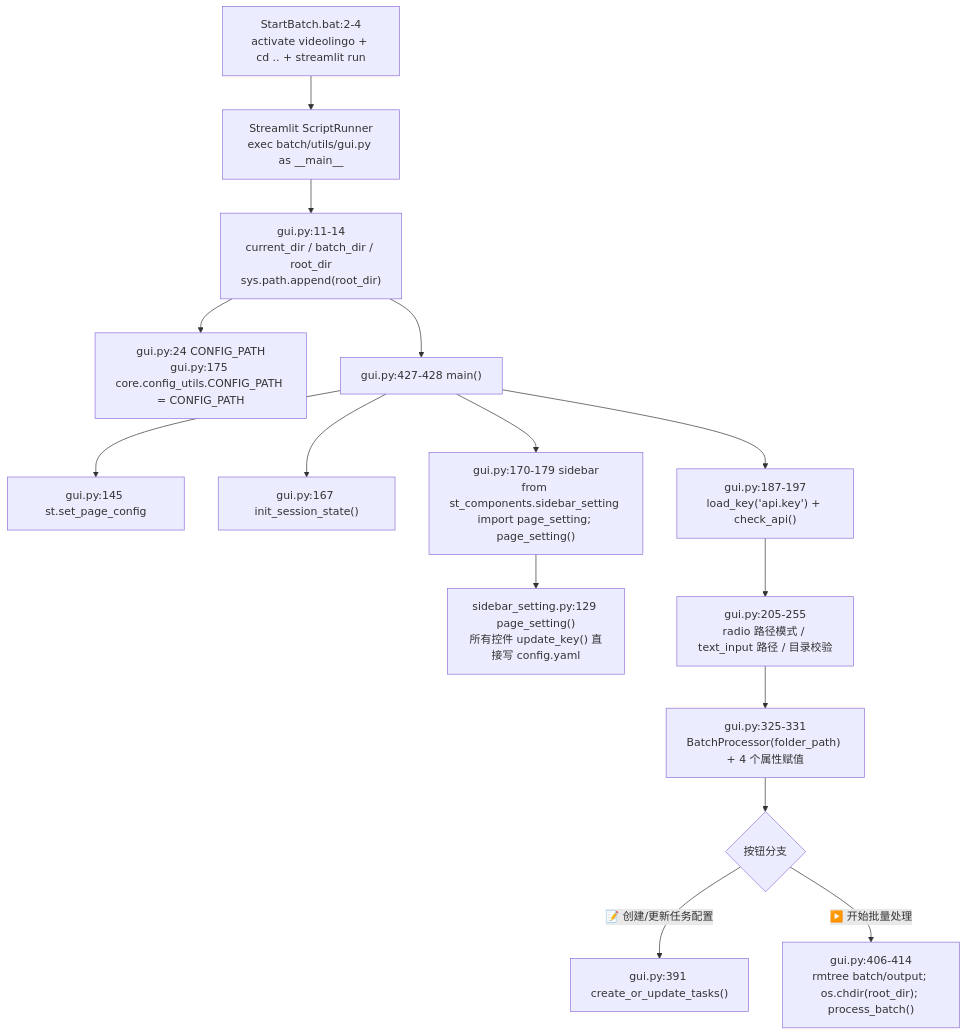
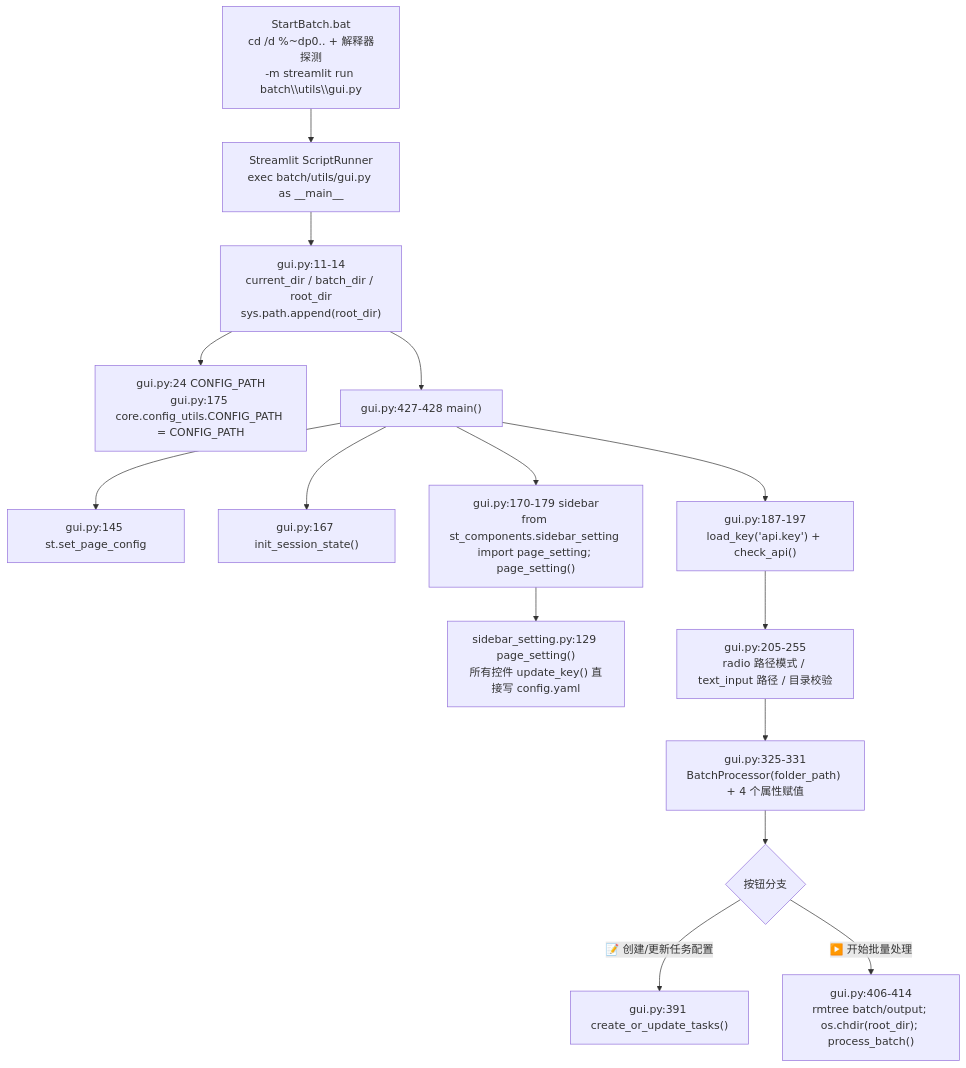
The first of 3 diagrams in devdocs/01-entrypoints/02-批量模式入口.md (Brzjomo/VideoLingoMove), drawn with Mermaid before and after one commit. The commit also changed other lines of this file and 5 other files, not shown here.

First line of the commit message:
fix(launcher): 三个启动 .bat 改为纯 ASCII + 解释器探测，修掉报错与裸 python REPL

````diff
--- a/devdocs/01-entrypoints/02-批量模式入口.md
+++ b/devdocs/01-entrypoints/02-批量模式入口.md
@@ -75,17 +93,17 @@
 ```mermaid
 flowchart TD
-    BAT["StartBatch.bat:2-4<br/>activate videolingo + cd .. + streamlit run"] --> RUN["Streamlit ScriptRunner<br/>exec batch/utils/gui.py as __main__"]
+    BAT["StartBatch.bat<br/>cd /d %~dp0.. + 解释器探测<br/>-m streamlit run batch\\utils\\gui.py"] --> RUN["Streamlit ScriptRunner<br/>exec batch/utils/gui.py as __main__"]
     RUN --> P1["gui.py:11-14<br/>current_dir / batch_dir / root_dir<br/>sys.path.append(root_dir)"]
     P1 --> CFG["gui.py:24 CONFIG_PATH<br/>gui.py:175 core.config_utils.CONFIG_PATH = CONFIG_PATH"]
     P1 --> M["gui.py:427-428 main()"]
     M --> S1["gui.py:145 st.set_page_config"]
     M --> S2["gui.py:167 init_session_state()"]
     M --> S3["gui.py:170-179 sidebar<br/>from st_components.sidebar_setting import page_setting; page_setting()"]
     S3 --> S3b["sidebar_setting.py:129 page_setting()<br/>所有控件 update_key() 直接写 config.yaml"]
     M --> S4["gui.py:187-197<br/>load_key('api.key') + check_api()"]
     S4 --> S5["gui.py:205-255<br/>radio 路径模式 / text_input 路径 / 目录校验"]
     S5 --> S6["gui.py:325-331<br/>BatchProcessor(folder_path) + 4 个属性赋值"]
     S6 --> S7{"按钮分支"}
     S7 -->|"📝 创建/更新任务配置"| B1["gui.py:391 create_or_update_tasks()"]
     S7 -->|"▶️ 开始批量处理"| B2["gui.py:406-414<br/>rmtree batch/output; os.chdir(root_dir); process_batch()"]
 ```
````
